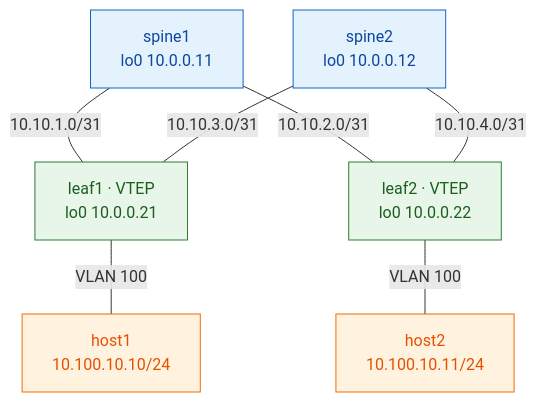
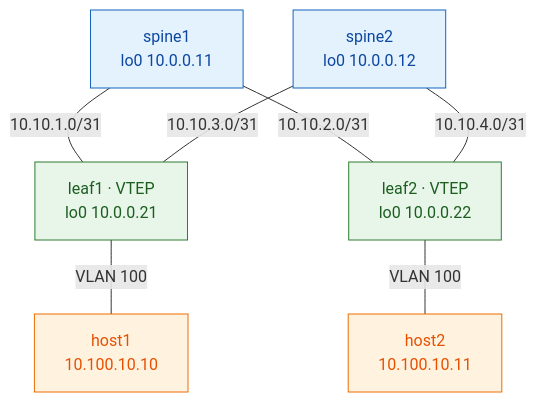
One commit to etherhtun/vxlan-evpn-juniper changed the diagram in labs/01-ospf-ibgp/README.md. Above: the diagram before and after it, drawn with Mermaid. The commit also changed other lines of this file and 23 other files, not shown here.

````diff
--- a/labs/01-ospf-ibgp/README.md
+++ b/labs/01-ospf-ibgp/README.md
@@ -22,23 +24,19 @@
 ```mermaid
 graph TB
     S1["spine1<br/>lo0 10.0.0.11"]
     S2["spine2<br/>lo0 10.0.0.12"]
     L1["leaf1 · VTEP<br/>lo0 10.0.0.21"]
     L2["leaf2 · VTEP<br/>lo0 10.0.0.22"]
-    H1["host1<br/>10.100.10.10/24"]
-    H2["host2<br/>10.100.10.11/24"]
-
+    H1["host1<br/>10.100.10.10"]
+    H2["host2<br/>10.100.10.11"]
     S1 ---|"10.10.1.0/31"| L1
     S1 ---|"10.10.2.0/31"| L2
     S2 ---|"10.10.3.0/31"| L1
     S2 ---|"10.10.4.0/31"| L2
     L1 ---|"VLAN 100"| H1
     L2 ---|"VLAN 100"| H2
-
     classDef spine fill:#e3f2fd,stroke:#1565c0,color:#0d47a1;
     classDef leaf  fill:#e8f5e9,stroke:#2e7d32,color:#1b5e20;
     classDef host  fill:#fff3e0,stroke:#ef6c00,color:#e65100;
-    class S1,S2 spine;
-    class L1,L2 leaf;
-    class H1,H2 host;
+    class S1,S2 spine; class L1,L2 leaf; class H1,H2 host;
 ```
````
